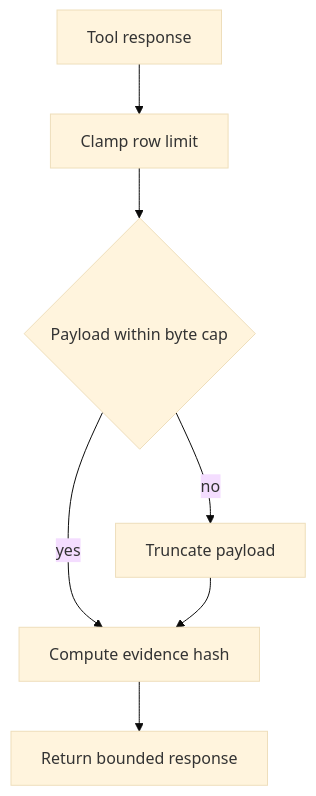
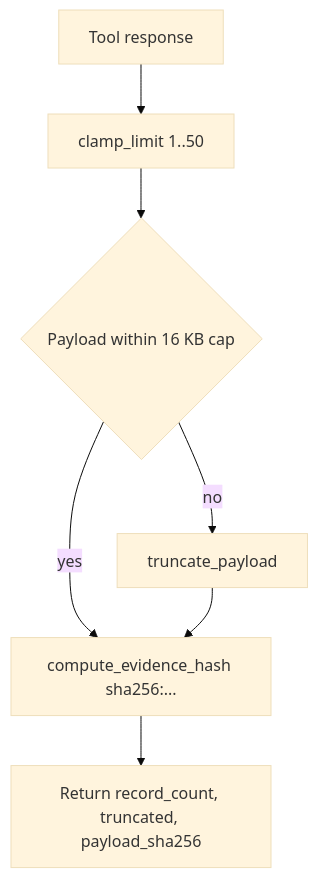
The fourth of 7 diagrams in docs/pro/enterprise_features.md (JMartynov/verityredteam-free), drawn with Mermaid (base theme) before and after one commit. The commit also changed other lines of this file and 3 other files, not shown here.

````diff
--- a/docs/pro/enterprise_features.md
+++ b/docs/pro/enterprise_features.md
@@ -194,9 +224,9 @@
 ```mermaid
 flowchart TD
-    REQ[Tool response] --> LIMIT[Clamp row limit]
-    LIMIT --> SIZE{Payload within byte cap}
-    SIZE -- no --> TRUNC[Truncate payload]
-    SIZE -- yes --> HASH[Compute evidence hash]
+    REQ[Tool response] --> LIMIT[clamp_limit 1..50]
+    LIMIT --> SIZE{Payload within 16 KB cap}
+    SIZE -- no --> TRUNC[truncate_payload]
+    SIZE -- yes --> HASH[compute_evidence_hash sha256:...]
     TRUNC --> HASH
-    HASH --> OUT[Return bounded response]
+    HASH --> OUT[Return record_count, truncated, payload_sha256]
 ```
````
